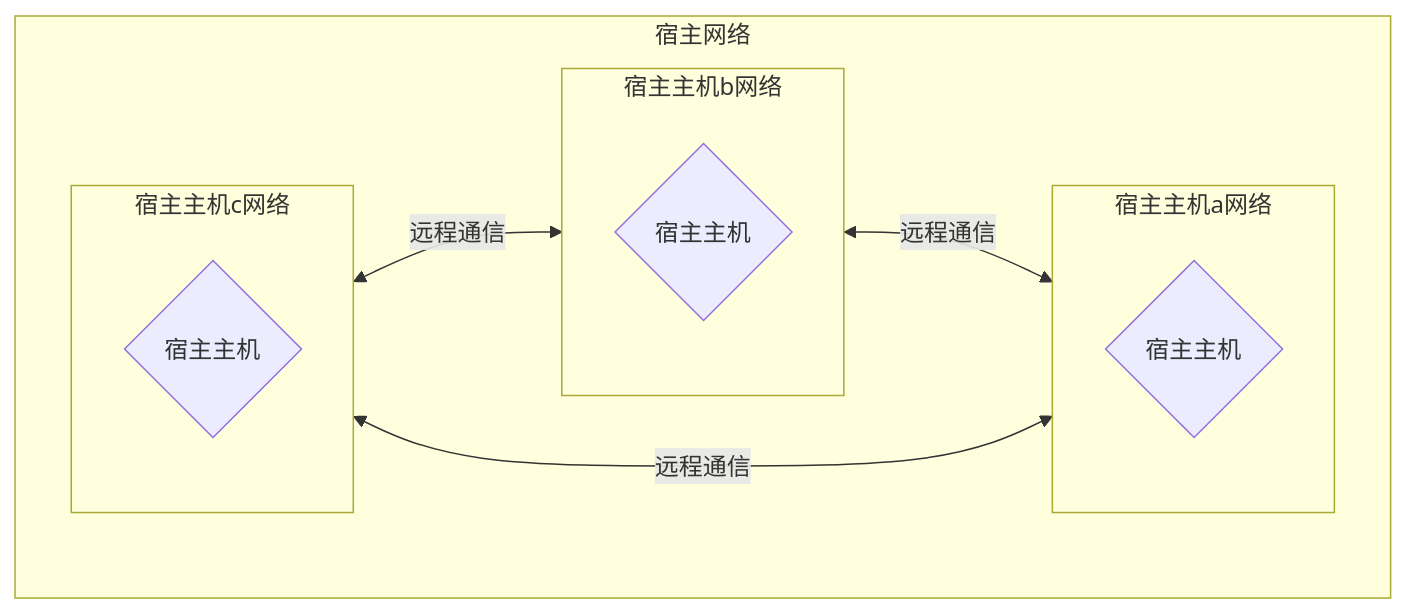
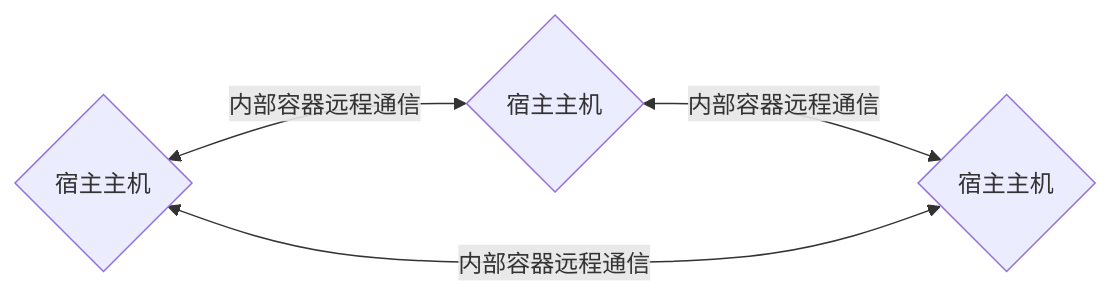
Before and after one commit to xiaogithubooo/LimouLearnNote: the fifth of 5 diagrams in ProgrammerPrimerNote/OperatingSystemAndNetworksNote/Linux/LinuxPremiumSoftwareNote/005_limou_2024_08_06_容器隔离软件.md, drawn with Mermaid. The commit also changed other lines of this file and 4 other files, not shown here.

````diff
--- a/ProgrammerPrimerNote/OperatingSystemAndNetworksNote/Linux/LinuxPremiumSoftwareNote/005_limou_2024_08_06_容器隔离软件.md
+++ b/ProgrammerPrimerNote/OperatingSystemAndNetworksNote/Linux/LinuxPremiumSoftwareNote/005_limou_2024_08_06_容器隔离软件.md
@@ -3361,17 +3391,10 @@
 ```mermaid
-graph
-subgraph "宿主网络"
-    subgraph "宿主主机a网络"
-        a{"宿主主机"}
-    end
-    subgraph "宿主主机b网络"
-        b{"宿主主机"}
-    end
-    subgraph "宿主主机c网络"
-        c{"宿主主机"}
-    end
-end
+graph LR
+    a{"宿主主机"}
+    b{"宿主主机"}
+    c{"宿主主机"}
 
-宿主主机c网络 <--远程通信--> 宿主主机b网络 <--远程通信--> 宿主主机a网络
-宿主主机c网络 <--远程通信--> 宿主主机a网络
+a <--内部容器远程通信--> b
+b <--内部容器远程通信--> c
+c <--内部容器远程通信--> a
 ```
````
